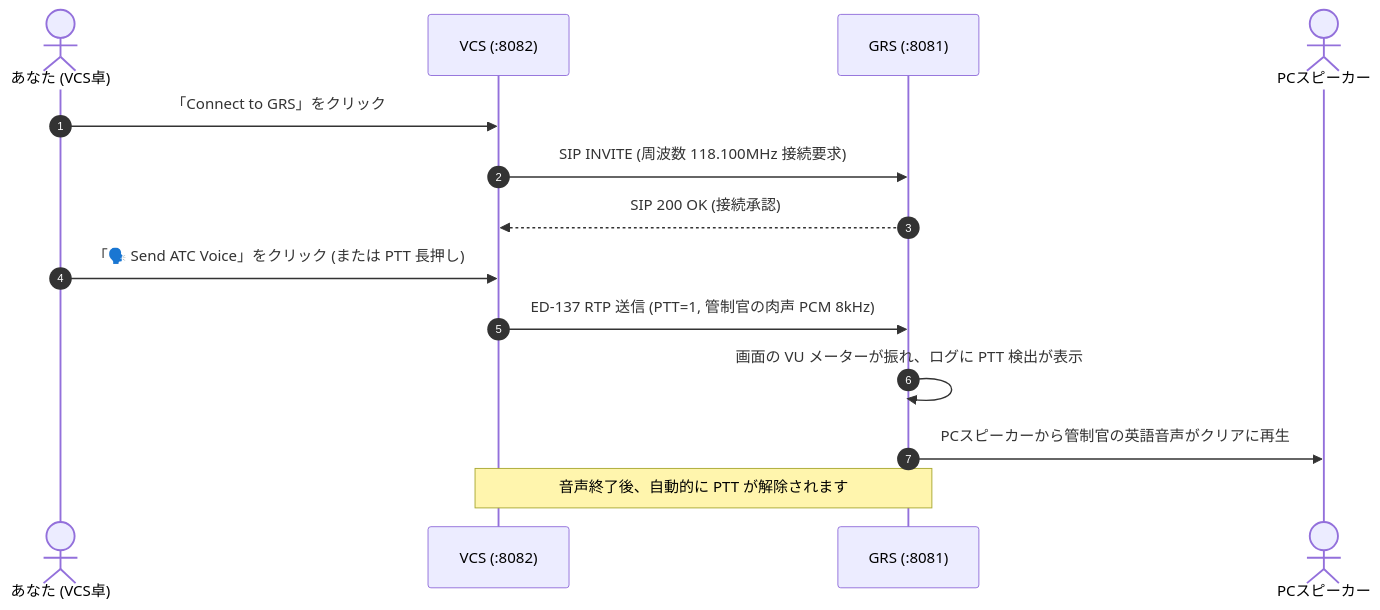
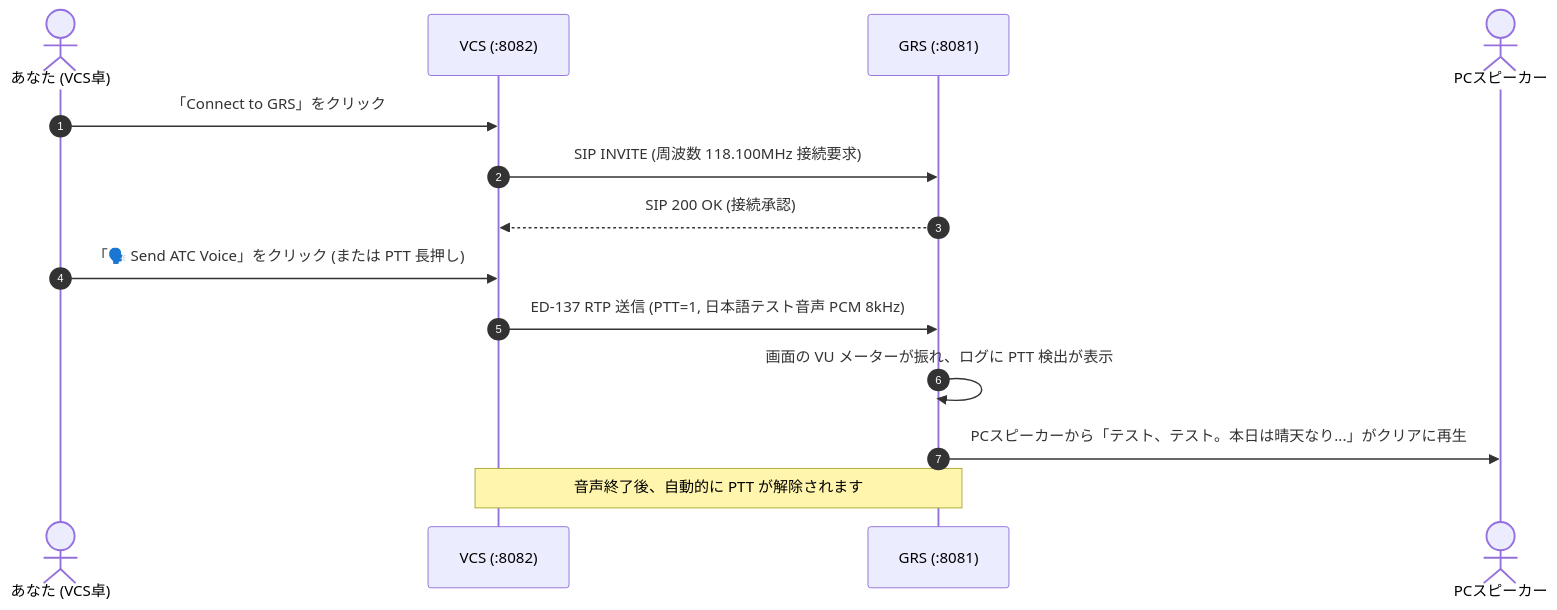
One commit to sh0jitmy/aerovoice changed the third of 3 diagrams in docs/manual.md. Above: the diagram before and after it, drawn with Mermaid. The commit also changed other lines of this file and 4 other files, not shown here.

````diff
--- a/docs/manual.md
+++ b/docs/manual.md
@@ -132,18 +154,18 @@
 ```mermaid
 sequenceDiagram
     autonumber
     actor User as あなた (VCS卓)
     participant VCS as VCS (:8082)
     participant GRS as GRS (:8081)
     actor Speaker as PCスピーカー
 
     User->>VCS: 「Connect to GRS」をクリック
     VCS->>GRS: SIP INVITE (周波数 118.100MHz 接続要求)
     GRS-->>VCS: SIP 200 OK (接続承認)
 
     User->>VCS: 「🗣️ Send ATC Voice」をクリック (または PTT 長押し)
-    VCS->>GRS: ED-137 RTP 送信 (PTT=1, 管制官の肉声 PCM 8kHz)
+    VCS->>GRS: ED-137 RTP 送信 (PTT=1, 日本語テスト音声 PCM 8kHz)
     GRS->>GRS: 画面の VU メーターが振れ、ログに PTT 検出が表示
-    GRS->>Speaker: PCスピーカーから管制官の英語音声がクリアに再生
+    GRS->>Speaker: PCスピーカーから「テスト、テスト。本日は晴天なり...」がクリアに再生
     Note over VCS,GRS: 音声終了後、自動的に PTT が解除されます
 ```
````
